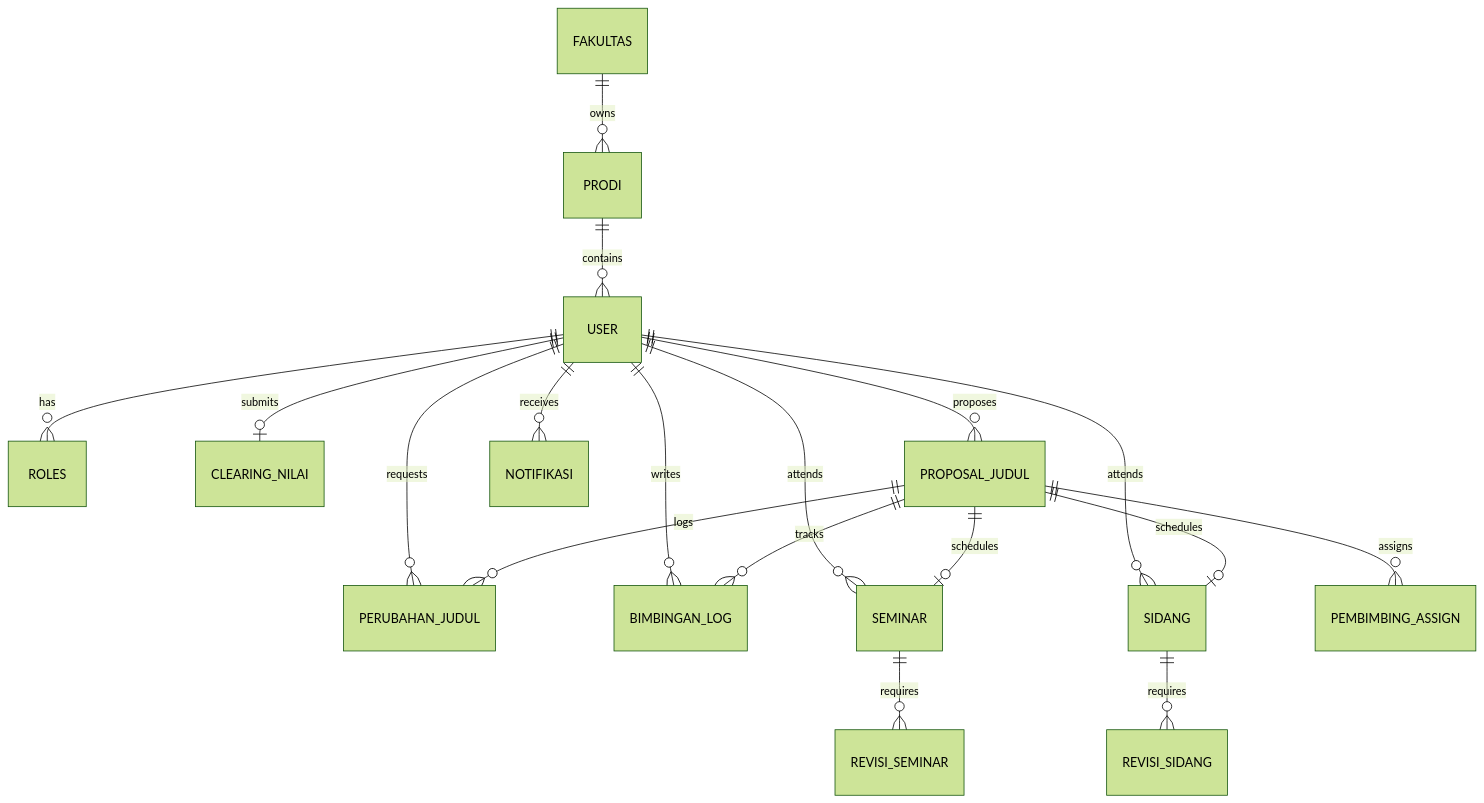
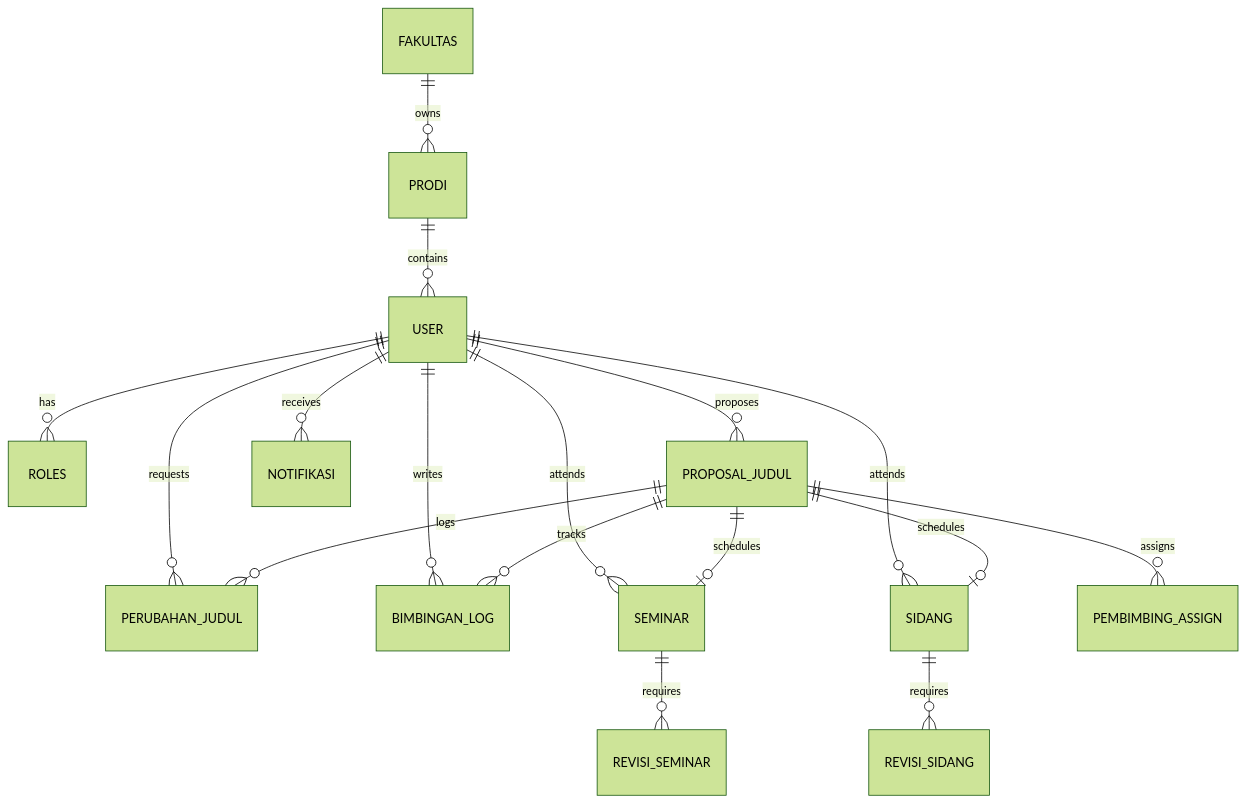
The diagram in docs/DATABASE.md (DanuZen/isi-final-project), drawn with Mermaid (forest theme) before and after one commit. The commit also changed other lines of this file, not shown here.

Commit message:
docs(database): update schema and documentation for SIPETA

````diff
--- a/docs/DATABASE.md
+++ b/docs/DATABASE.md
@@ -9,23 +9,22 @@
 ```mermaid
 erDiagram
     USER ||--o{ ROLES : has
-    USER ||--o| CLEARING_NILAI : submits
     USER ||--o{ PROPOSAL_JUDUL : proposes
     USER ||--o{ PERUBAHAN_JUDUL : requests
     USER ||--o{ BIMBINGAN_LOG : writes
     USER ||--o{ SEMINAR : attends
     USER ||--o{ SIDANG : attends
     USER ||--o{ NOTIFIKASI : receives
 
     PRODI ||--o{ USER : contains
     FAKULTAS ||--o{ PRODI : owns
 
     PROPOSAL_JUDUL ||--o{ PEMBIMBING_ASSIGN : assigns
     PROPOSAL_JUDUL ||--o{ BIMBINGAN_LOG : tracks
     PROPOSAL_JUDUL ||--o{ PERUBAHAN_JUDUL : logs
     PROPOSAL_JUDUL ||--o| SEMINAR : schedules
     PROPOSAL_JUDUL ||--o| SIDANG : schedules
 
     SEMINAR ||--o{ REVISI_SEMINAR : requires
     SIDANG ||--o{ REVISI_SIDANG : requires
 ```
````
